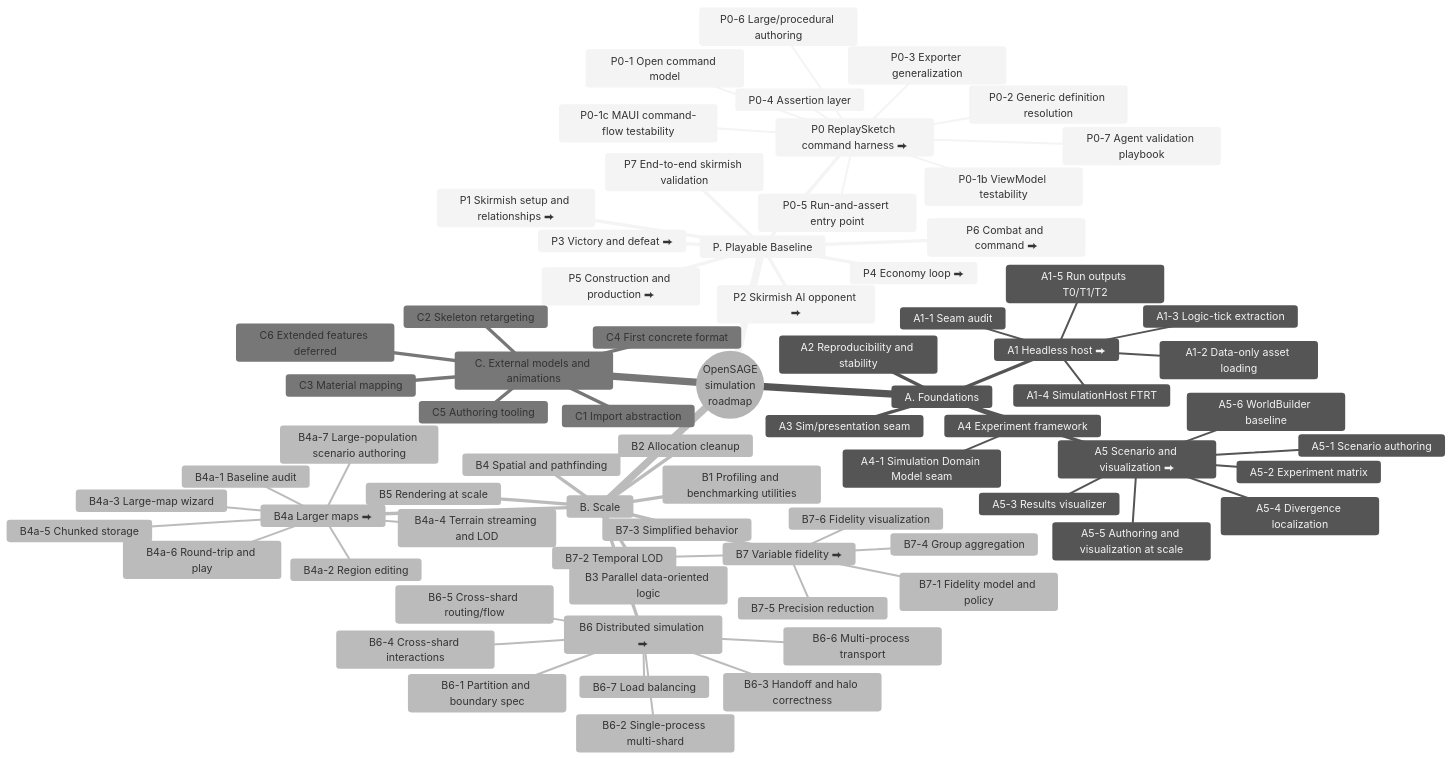
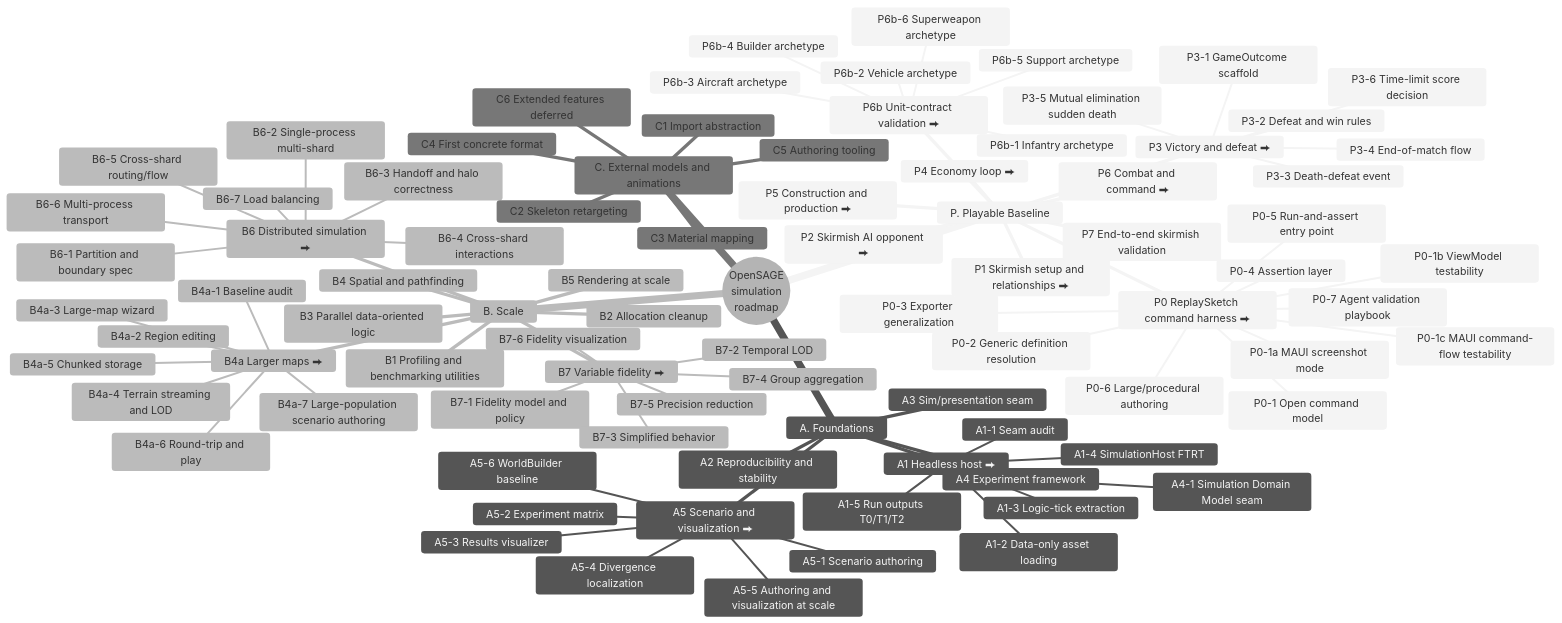
Before and after one commit to rmessinger/Panopticon: the first of 2 diagrams in docs/roadmap/roadmap-tree.md, drawn with Mermaid (neutral theme). The commit also changed other lines of this file and 41 other files, not shown here.

```diff
--- a/docs/roadmap/roadmap-tree.md
+++ b/docs/roadmap/roadmap-tree.md
@@ -36,6 +36,7 @@
     P. Playable Baseline
       P0 ReplaySketch command harness ⮕
         P0-1 Open command model
+        P0-1a MAUI screenshot mode
         P0-1b ViewModel testability
         P0-1c MAUI command-flow testability
         P0-2 Generic definition resolution
@@ -47,9 +48,22 @@
       P1 Skirmish setup and relationships ⮕
       P2 Skirmish AI opponent ⮕
       P3 Victory and defeat ⮕
+        P3-1 GameOutcome scaffold
+        P3-2 Defeat and win rules
+        P3-3 Death-defeat event
+        P3-4 End-of-match flow
+        P3-5 Mutual elimination sudden death
+        P3-6 Time-limit score decision
       P4 Economy loop ⮕
       P5 Construction and production ⮕
       P6 Combat and command ⮕
+      P6b Unit-contract validation ⮕
+        P6b-1 Infantry archetype
+        P6b-2 Vehicle archetype
+        P6b-3 Aircraft archetype
+        P6b-4 Builder archetype
+        P6b-5 Support archetype
+        P6b-6 Superweapon archetype
       P7 End-to-end skirmish validation
     A. Foundations
       A1 Headless host ⮕
```
